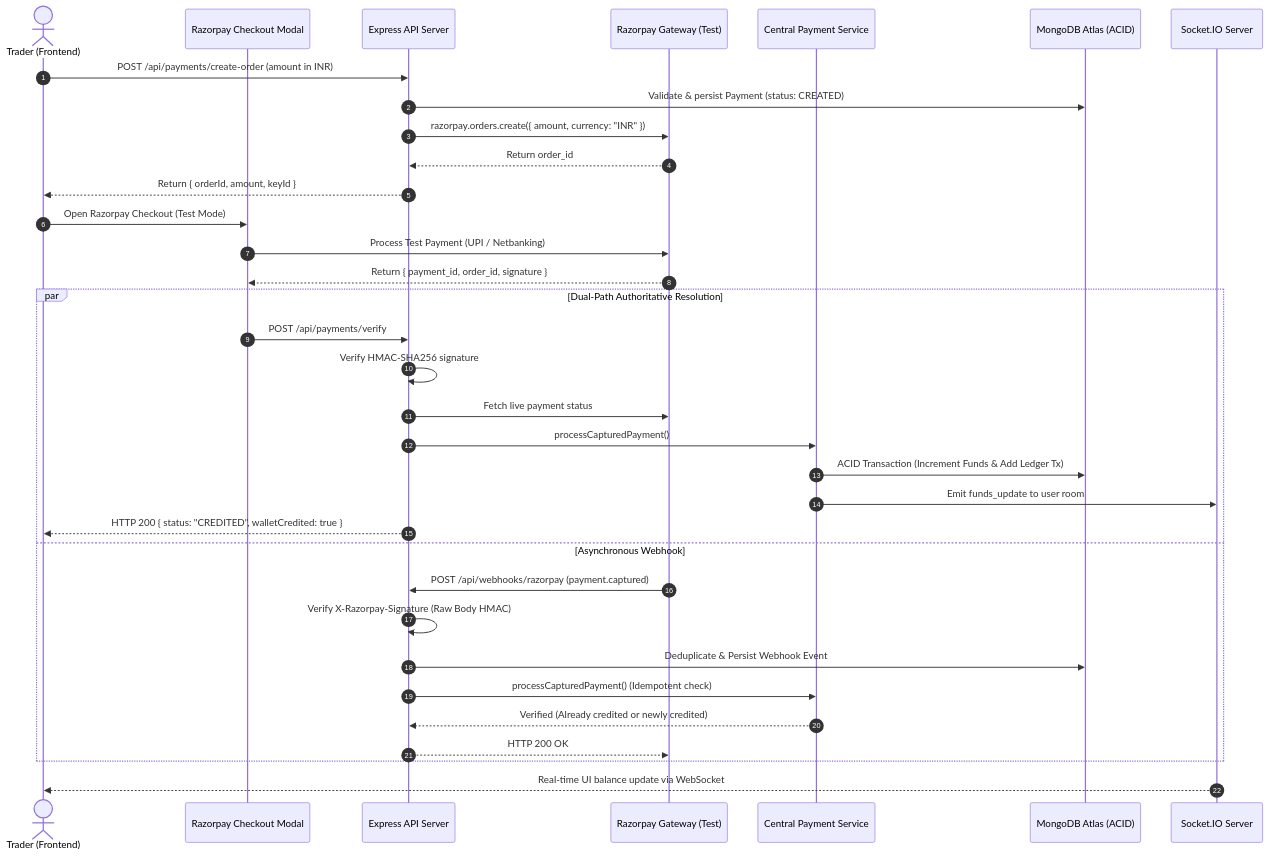
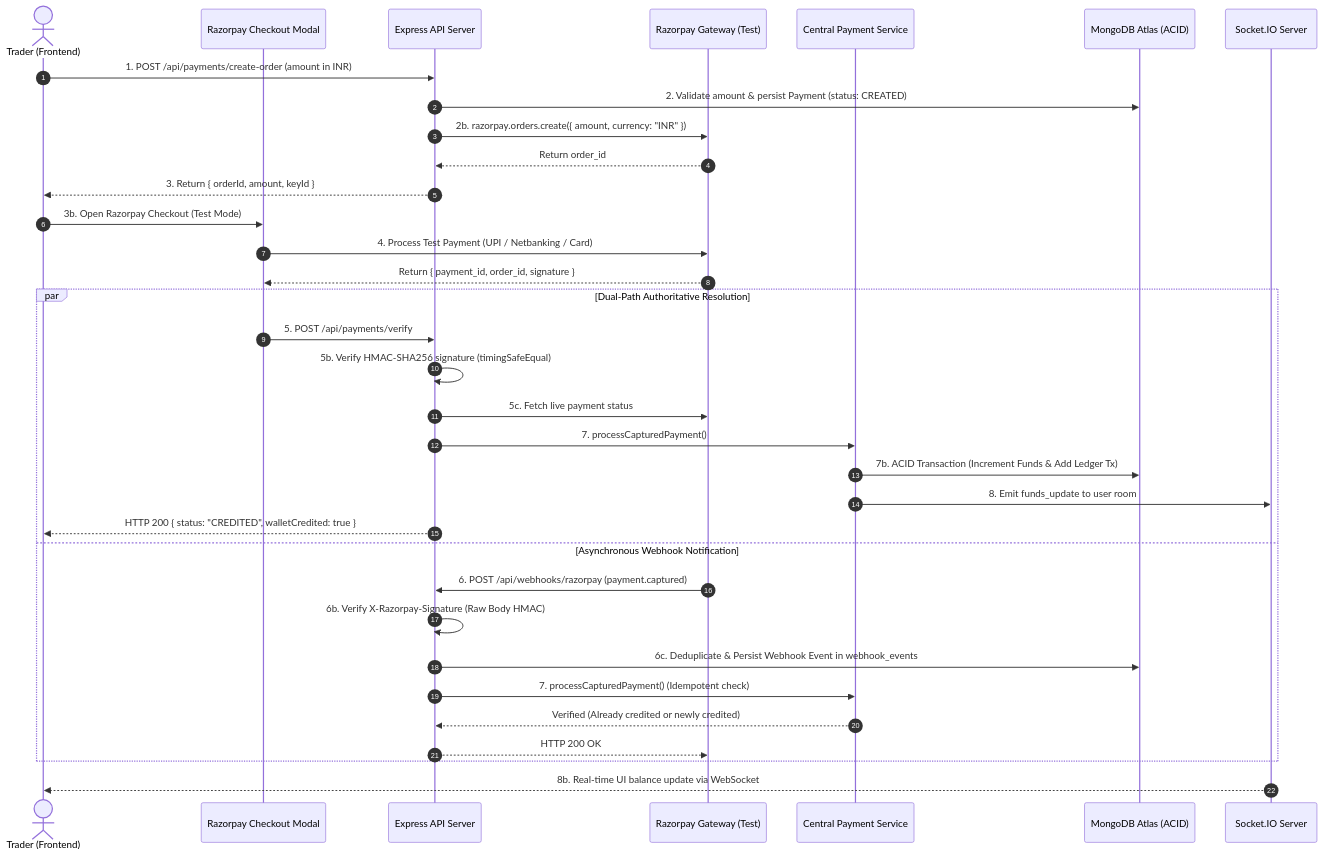
One commit to Antariksh62/Stock-Trading-Platform changed the second of 3 diagrams in README.md. Above: the diagram before and after it, drawn with Mermaid. The commit also changed other lines of this file, not shown here.

Commit message:
docs: enrich README with comprehensive Razorpay payment architecture, 8-step lifecycle, observability, and deployment guide

````diff
--- a/README.md
+++ b/README.md
@@ -773,38 +791,38 @@
 ```mermaid
 sequenceDiagram
     autonumber
     actor User as Trader (Frontend)
     participant Modal as Razorpay Checkout Modal
     participant API as Express API Server
     participant RZP as Razorpay Gateway (Test)
     participant Service as Central Payment Service
     participant DB as MongoDB Atlas (ACID)
     participant Socket as Socket.IO Server
 
-    User->>API: POST /api/payments/create-order (amount in INR)
-    API->>DB: Validate & persist Payment (status: CREATED)
-    API->>RZP: razorpay.orders.create({ amount, currency: "INR" })
+    User->>API: 1. POST /api/payments/create-order (amount in INR)
+    API->>DB: 2. Validate amount & persist Payment (status: CREATED)
+    API->>RZP: 2b. razorpay.orders.create({ amount, currency: "INR" })
     RZP-->>API: Return order_id
-    API-->>User: Return { orderId, amount, keyId }
-    User->>Modal: Open Razorpay Checkout (Test Mode)
-    Modal->>RZP: Process Test Payment (UPI / Netbanking)
+    API-->>User: 3. Return { orderId, amount, keyId }
+    User->>Modal: 3b. Open Razorpay Checkout (Test Mode)
+    Modal->>RZP: 4. Process Test Payment (UPI / Netbanking / Card)
     RZP-->>Modal: Return { payment_id, order_id, signature }
     
     par Dual-Path Authoritative Resolution
-        Modal->>API: POST /api/payments/verify
-        API->>API: Verify HMAC-SHA256 signature
-        API->>RZP: Fetch live payment status
-        API->>Service: processCapturedPayment()
-        Service->>DB: ACID Transaction (Increment Funds & Add Ledger Tx)
-        Service->>Socket: Emit funds_update to user room
+        Modal->>API: 5. POST /api/payments/verify
+        API->>API: 5b. Verify HMAC-SHA256 signature (timingSafeEqual)
+        API->>RZP: 5c. Fetch live payment status
+        API->>Service: 7. processCapturedPayment()
+        Service->>DB: 7b. ACID Transaction (Increment Funds & Add Ledger Tx)
+        Service->>Socket: 8. Emit funds_update to user room
         API-->>User: HTTP 200 { status: "CREDITED", walletCredited: true }
-    and Asynchronous Webhook
-        RZP->>API: POST /api/webhooks/razorpay (payment.captured)
-        API->>API: Verify X-Razorpay-Signature (Raw Body HMAC)
-        API->>DB: Deduplicate & Persist Webhook Event
-        API->>Service: processCapturedPayment() (Idempotent check)
+    and Asynchronous Webhook Notification
+        RZP->>API: 6. POST /api/webhooks/razorpay (payment.captured)
+        API->>API: 6b. Verify X-Razorpay-Signature (Raw Body HMAC)
+        API->>DB: 6c. Deduplicate & Persist Webhook Event in webhook_events
+        API->>Service: 7. processCapturedPayment() (Idempotent check)
         Service-->>API: Verified (Already credited or newly credited)
         API-->>RZP: HTTP 200 OK
     end
-    Socket-->>User: Real-time UI balance update via WebSocket
+    Socket-->>User: 8b. Real-time UI balance update via WebSocket
 ```
````
